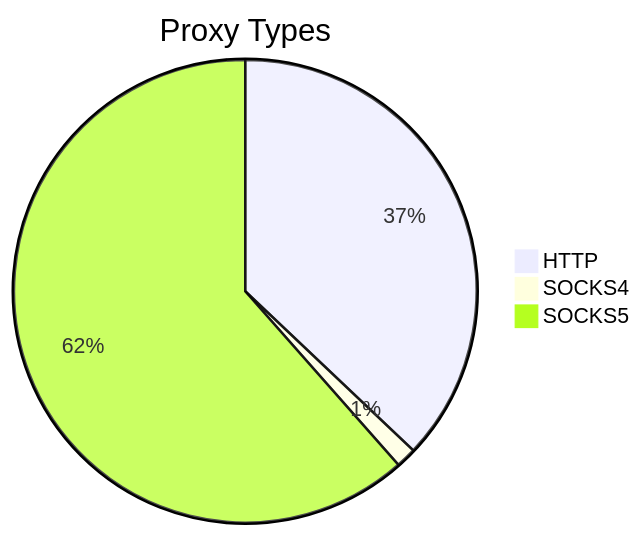
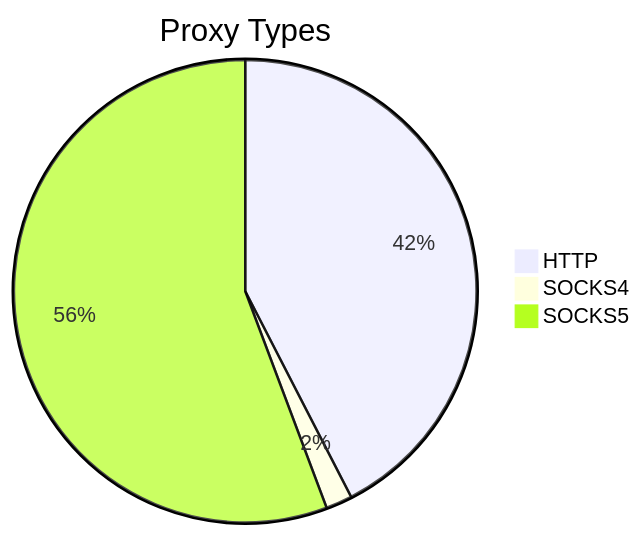
One commit to stormsia/proxy-list changed the first of 2 diagrams in README.md. Above: the diagram before and after it, drawn with Mermaid. The commit also changed other lines of this file, not shown here.

````diff
--- a/README.md
+++ b/README.md
@@ -21,6 +21,6 @@
 ```mermaid
 pie title Proxy Types
-    "HTTP" : 675
-    "SOCKS4" : 26
-    "SOCKS5" : 1120
+    "HTTP" : 827
+    "SOCKS4" : 36
+    "SOCKS5" : 1086
 ```
````
